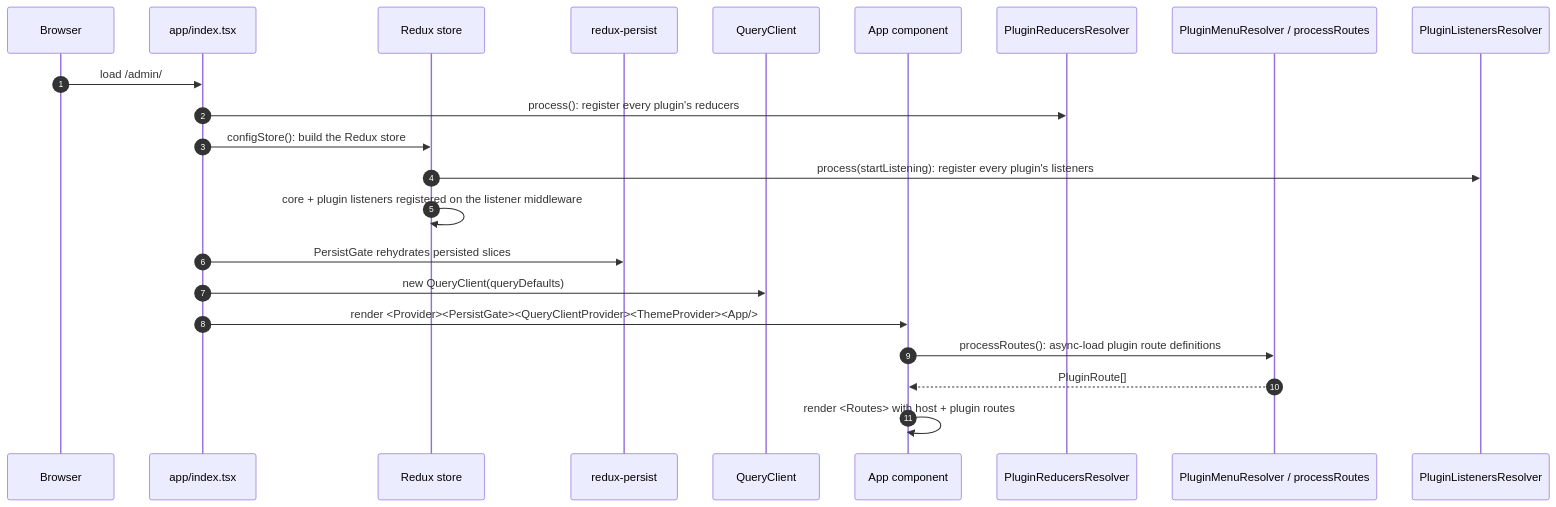
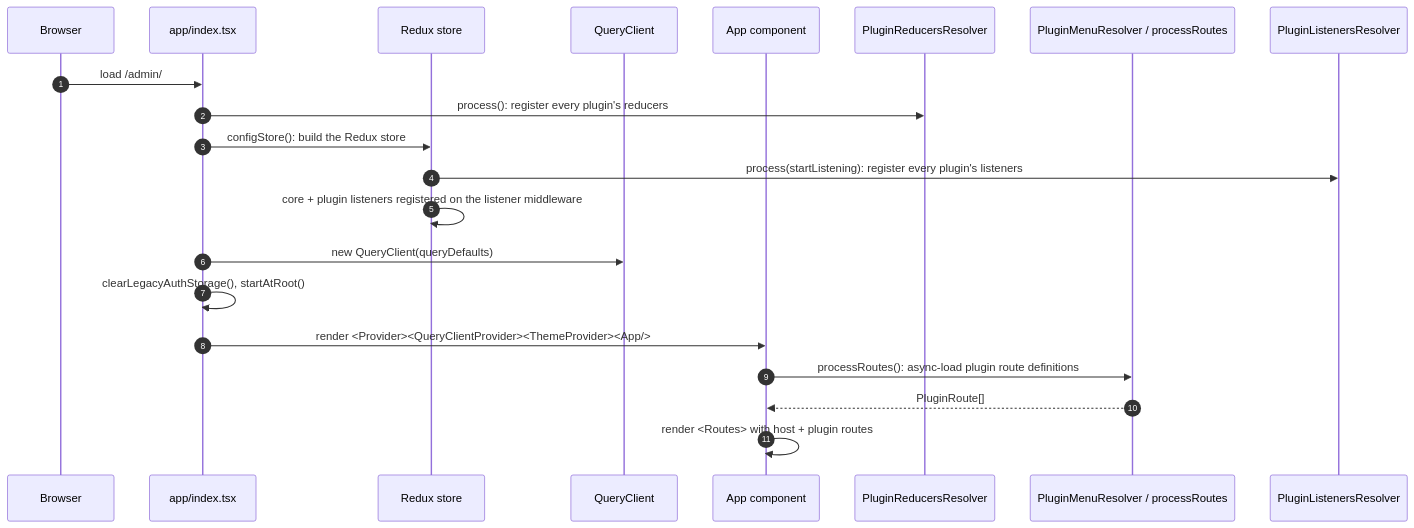
The second of 2 diagrams in admin-ui/docs/architecture.md (GluuFederation/flex), drawn with Mermaid before and after one commit. The commit also changed other lines of this file and 42 other files, not shown here.

````diff
--- a/admin-ui/docs/architecture.md
+++ b/admin-ui/docs/architecture.md
@@ -52,25 +52,24 @@
 ```mermaid
 sequenceDiagram
     autonumber
     participant Browser as Browser
     participant Entry as app/index.tsx
     participant Store as Redux store
-    participant Persistor as redux-persist
     participant QC as QueryClient
     participant App as App component
     participant Reducers as PluginReducersResolver
     participant Routes as PluginMenuResolver / processRoutes
     participant Listeners as PluginListenersResolver
 
     Browser->>Entry: load /admin/
     Entry->>Reducers: process(): register every plugin's reducers
     Entry->>Store: configStore(): build the Redux store
     Store->>Listeners: process(startListening): register every plugin's listeners
     Store->>Store: core + plugin listeners registered on the listener middleware
-    Entry->>Persistor: PersistGate rehydrates persisted slices
     Entry->>QC: new QueryClient(queryDefaults)
-    Entry->>App: render <Provider><PersistGate><QueryClientProvider><ThemeProvider><App/>
+    Entry->>Entry: clearLegacyAuthStorage(), startAtRoot()
+    Entry->>App: render <Provider><QueryClientProvider><ThemeProvider><App/>
     App->>Routes: processRoutes(): async-load plugin route definitions
     Routes-->>App: PluginRoute[]
     App->>App: render <Routes> with host + plugin routes
 ```
````
